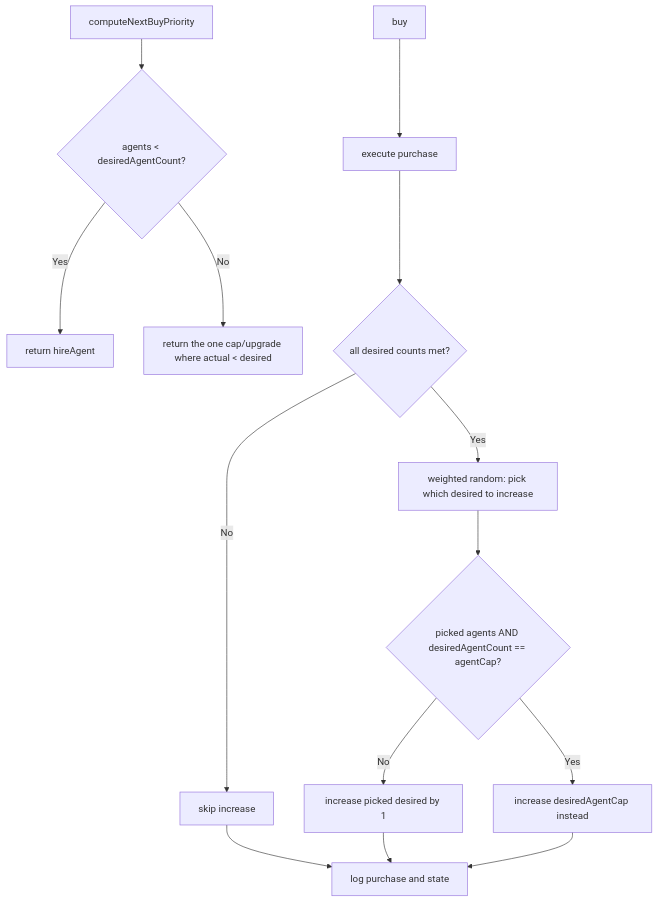
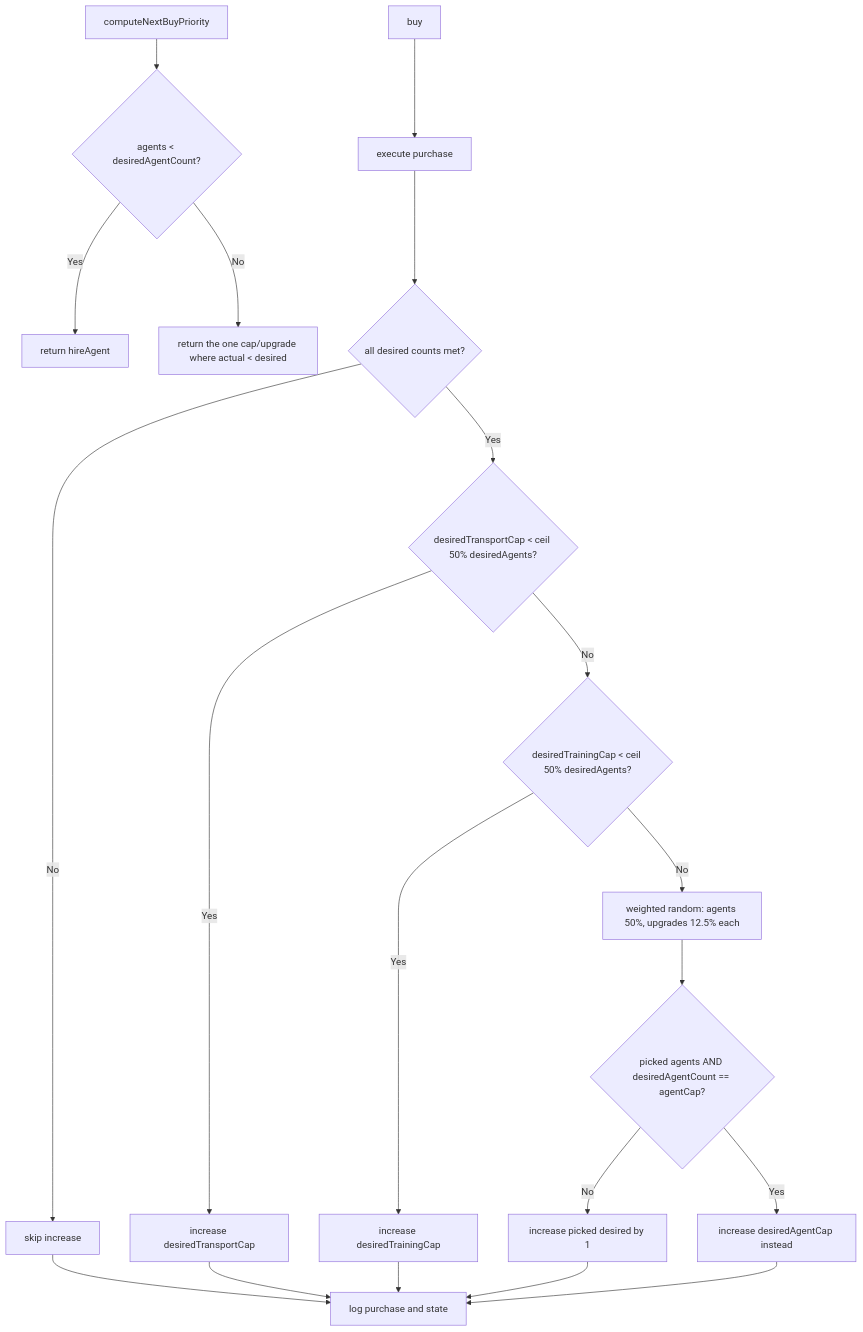
The diagram in .cursor/plans/basic_intellect_buy_rewrite_9957a5e8.plan.md (konrad-jamrozik/game-ts), drawn with Mermaid before and after one commit. The commit also changed other lines of this file, not shown here.

````diff
--- a/.cursor/plans/basic_intellect_buy_rewrite_9957a5e8.plan.md
+++ b/.cursor/plans/basic_intellect_buy_rewrite_9957a5e8.plan.md
@@ -64,17 +62,23 @@
 ```mermaid
 flowchart TD
     A[computeNextBuyPriority] --> B{agents < desiredAgentCount?}
     B -->|Yes| E[return hireAgent]
     B -->|No| F[return the one cap/upgrade where actual < desired]
     
     I[buy] --> J[execute purchase]
     J --> K{all desired counts met?}
     K -->|No| P[skip increase]
-    K -->|Yes| L[weighted random: pick which desired to increase]
+    K -->|Yes| L1{desiredTransportCap < ceil 50% desiredAgents?}
+    L1 -->|Yes| L1a[increase desiredTransportCap]
+    L1 -->|No| L2{desiredTrainingCap < ceil 50% desiredAgents?}
+    L2 -->|Yes| L2a[increase desiredTrainingCap]
+    L2 -->|No| L[weighted random: agents 50%, upgrades 12.5% each]
     L --> M{picked agents AND desiredAgentCount == agentCap?}
     M -->|Yes| N[increase desiredAgentCap instead]
     M -->|No| O[increase picked desired by 1]
     P --> Q[log purchase and state]
+    L1a --> Q
+    L2a --> Q
     O --> Q
     N --> Q
 ```
````
